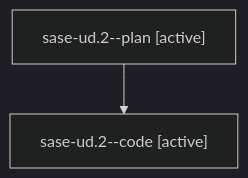
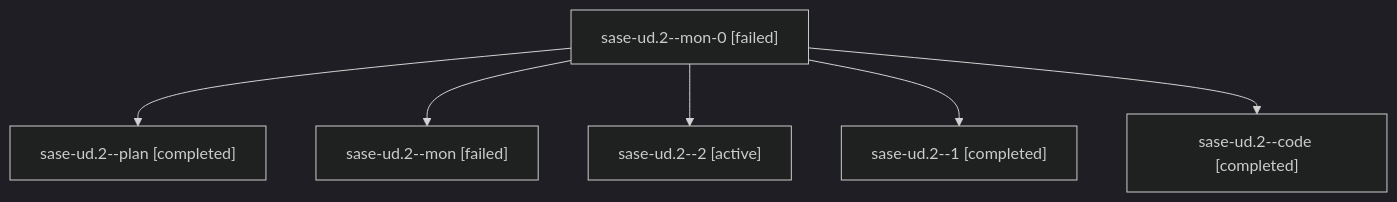
The diagram in families/bbugyi200.athena.sase-ud.2.md (sase-org/sase--agents), drawn with Mermaid (dark theme) before and after one commit. The commit also changed other lines of this file and 54 other files, not shown here.

````diff
--- a/families/bbugyi200.athena.sase-ud.2.md
+++ b/families/bbugyi200.athena.sase-ud.2.md
@@ -9,6 +9,14 @@
 ```mermaid
 flowchart TD
-  n0["sase-ud.2--plan [active]"]
-  n1["sase-ud.2--code [active]"]
+  n0["sase-ud.2--mon-0 [failed]"]
+  n1["sase-ud.2--plan [completed]"]
   n0 --> n1
+  n2["sase-ud.2--mon [failed]"]
+  n0 --> n2
+  n3["sase-ud.2--2 [active]"]
+  n0 --> n3
+  n4["sase-ud.2--1 [completed]"]
+  n0 --> n4
+  n5["sase-ud.2--code [completed]"]
+  n0 --> n5
 ```
````
